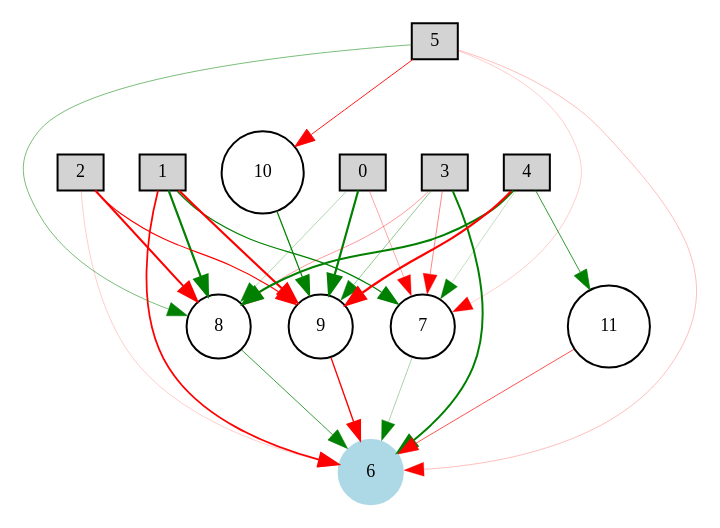
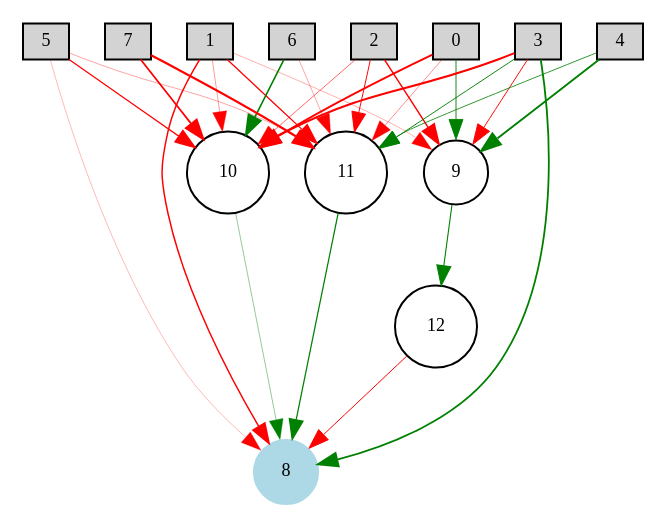
The diagram in 2015-2016/neat_ai/nn_winner-enabled.gv (arkadyark/PongAI), drawn with Graphviz before and after one commit. The commit also changed 37 other files, not shown here.

```diff
--- a/2015-2016/neat_ai/nn_winner-enabled.gv
+++ b/2015-2016/neat_ai/nn_winner-enabled.gv
@@ -1,37 +1,39 @@
 digraph {
 	node [fontsize=9 height=0.2 shape=circle width=0.2]
 		0 [shape=box style=filled]
 		1 [shape=box style=filled]
 		2 [shape=box style=filled]
 		3 [shape=box style=filled]
 		4 [shape=box style=filled]
 		5 [shape=box style=filled]
-		6 [color=lightblue style=filled]
-			4 -> 7 [color=green penwidth=0.12223112079 style=solid]
-			4 -> 8 [color=green penwidth=1.03039774423 style=solid]
-			5 -> 6 [color=red penwidth=0.128313712359 style=solid]
-			2 -> 8 [color=red penwidth=0.992174455445 style=solid]
-			0 -> 7 [color=red penwidth=0.181136802415 style=solid]
-			1 -> 6 [color=red penwidth=0.876361536796 style=solid]
-			3 -> 7 [color=red penwidth=0.23663591882 style=solid]
-			5 -> 8 [color=green penwidth=0.264509623683 style=solid]
-			4 -> 9 [color=red penwidth=1.1 style=solid]
-			2 -> 9 [color=red penwidth=0.56356219186 style=solid]
-			7 -> 6 [color=green penwidth=0.165585300342 style=solid]
-			3 -> 6 [color=green penwidth=0.999734995422 style=solid]
-			8 -> 6 [color=green penwidth=0.376710483828 style=solid]
-			10 -> 9 [color=green penwidth=0.617056390366 style=solid]
-			2 -> 6 [color=red penwidth=0.10342865607 style=solid]
-			3 -> 9 [color=green penwidth=0.221573385783 style=solid]
-			1 -> 9 [color=red penwidth=1.1 style=solid]
-			0 -> 8 [color=green penwidth=0.159706728741 style=solid]
-			9 -> 6 [color=red penwidth=0.689426472457 style=solid]
-			4 -> 11 [color=green penwidth=0.395548660193 style=solid]
-			5 -> 10 [color=red penwidth=0.453607877026 style=solid]
-			5 -> 7 [color=red penwidth=0.102051612322 style=solid]
-			3 -> 8 [color=red penwidth=0.197342748691 style=solid]
-			1 -> 8 [color=green penwidth=1.1 style=solid]
-			1 -> 7 [color=green penwidth=0.61584828945 style=solid]
-			0 -> 9 [color=green penwidth=1.1 style=solid]
-			11 -> 6 [color=red penwidth=0.335219445727 style=solid]
+		6 [shape=box style=filled]
+		7 [shape=box style=filled]
+		8 [color=lightblue style=filled]
+			3 -> 11 [color=green penwidth=0.471367094153 style=solid]
+			0 -> 10 [color=red penwidth=0.926927403037 style=solid]
+			7 -> 11 [color=red penwidth=1.1 style=solid]
+			1 -> 11 [color=red penwidth=0.621560482745 style=solid]
+			5 -> 8 [color=red penwidth=0.137814578132 style=solid]
+			10 -> 8 [color=green penwidth=0.209422689263 style=solid]
+			4 -> 9 [color=green penwidth=0.94079867067 style=solid]
+			2 -> 9 [color=red penwidth=0.723277718507 style=solid]
+			3 -> 10 [color=red penwidth=1.07481416221 style=solid]
+			6 -> 10 [color=green penwidth=0.787054525436 style=solid]
+			0 -> 11 [color=red penwidth=0.217657352701 style=solid]
+			7 -> 10 [color=red penwidth=0.884289438545 style=solid]
+			1 -> 10 [color=red penwidth=0.20189988584 style=solid]
+			5 -> 11 [color=red penwidth=0.182754272896 style=solid]
+			6 -> 11 [color=red penwidth=0.182352600114 style=solid]
+			2 -> 10 [color=red penwidth=0.301821958599 style=solid]
+			3 -> 9 [color=red penwidth=0.47522126164 style=solid]
+			1 -> 9 [color=red penwidth=0.161660282302 style=solid]
+			4 -> 11 [color=green penwidth=0.408406889312 style=solid]
+			5 -> 10 [color=red penwidth=0.626194995614 style=solid]
+			11 -> 8 [color=green penwidth=0.622556853654 style=solid]
+			2 -> 11 [color=red penwidth=0.486076005209 style=solid]
+			3 -> 8 [color=green penwidth=0.900369833417 style=solid]
+			1 -> 8 [color=red penwidth=0.743205804077 style=solid]
+			0 -> 9 [color=green penwidth=0.447739164199 style=solid]
+			9 -> 12 [color=green penwidth=0.536767634802 style=solid]
+			12 -> 8 [color=red penwidth=0.504550381911 style=solid]
 }
```
